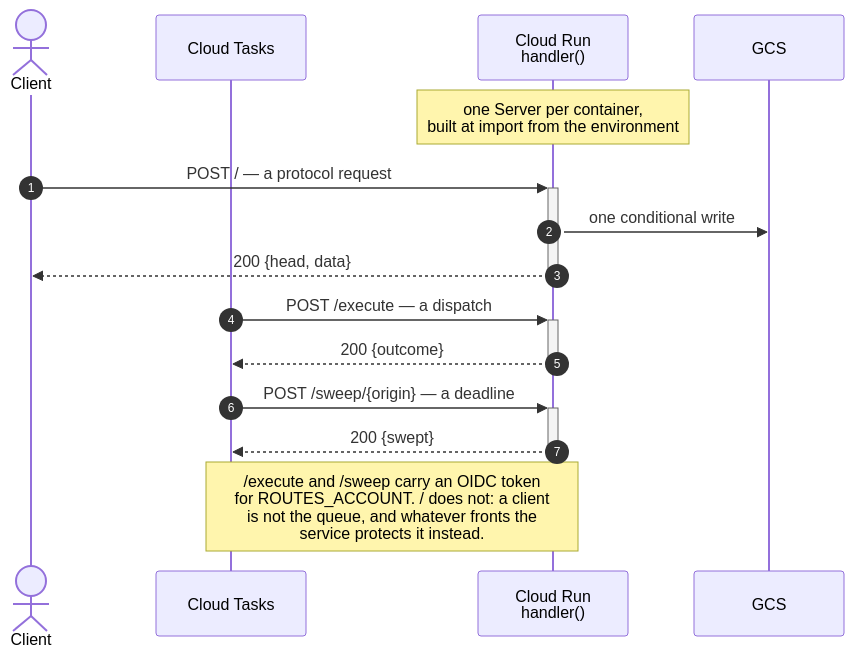
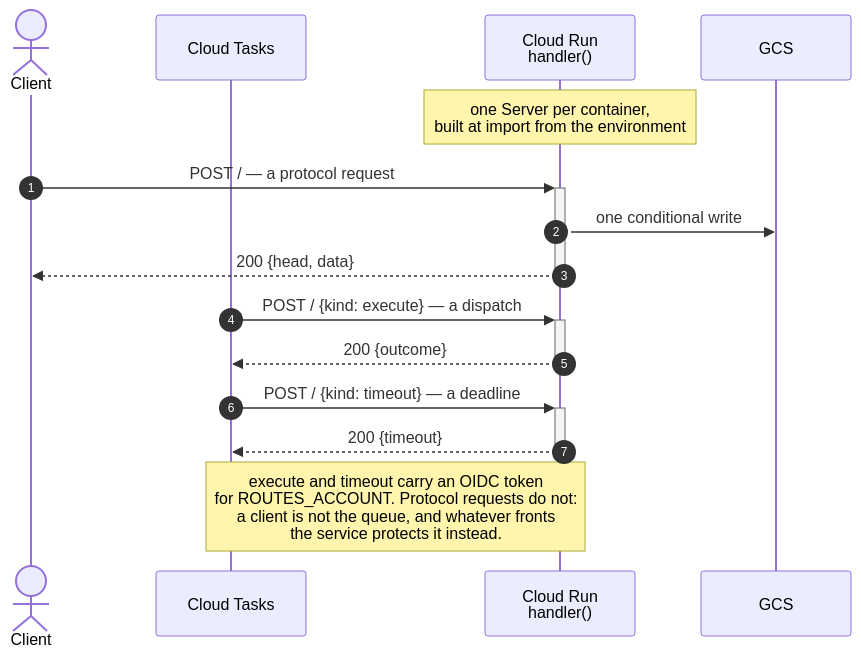
One commit to resonatehq/durable-execution changed the first of 6 diagrams in code/final/SEQUENCE.md. Above: the diagram before and after it, drawn with Mermaid. The commit also changed other lines of this file and 27 other files, not shown here.

First line of the commit message:
Serve one route and dispatch on the message kind

````diff
--- a/code/final/SEQUENCE.md
+++ b/code/final/SEQUENCE.md
@@ -45,22 +45,22 @@
 ```mermaid
 sequenceDiagram
     autonumber
     actor C as Client
     participant Q as Cloud Tasks
     participant F as Cloud Run<br/>handler()
     participant S as GCS
 
     Note over F: one Server per container,<br/>built at import from the environment
 
     C->>+F: POST / — a protocol request
     F->>S: one conditional write
     F-->>-C: 200 {head, data}
 
-    Q->>+F: POST /execute — a dispatch
+    Q->>+F: POST / {kind: execute} — a dispatch
     F-->>-Q: 200 {outcome}
 
-    Q->>+F: POST /sweep/{origin} — a deadline
-    F-->>-Q: 200 {swept}
+    Q->>+F: POST / {kind: timeout} — a deadline
+    F-->>-Q: 200 {timeout}
 
-    Note over Q,F: /execute and /sweep carry an OIDC token<br/>for ROUTES_ACCOUNT. / does not: a client<br/>is not the queue, and whatever fronts the<br/>service protects it instead.
+    Note over Q,F: execute and timeout carry an OIDC token<br/>for ROUTES_ACCOUNT. Protocol requests do not:<br/>a client is not the queue, and whatever fronts<br/>the service protects it instead.
 ```
````
